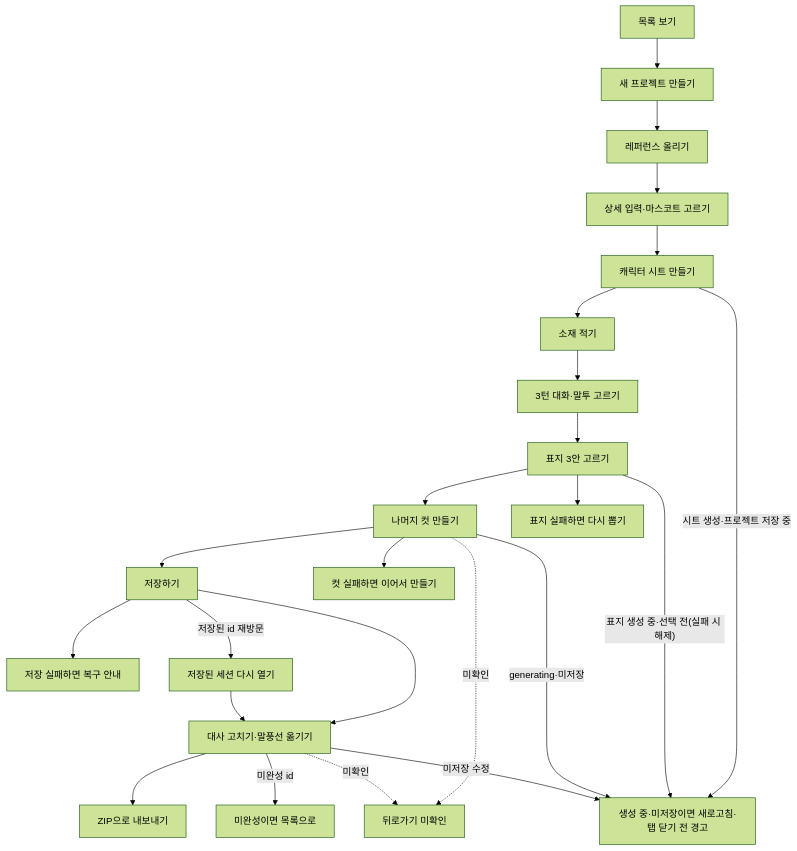
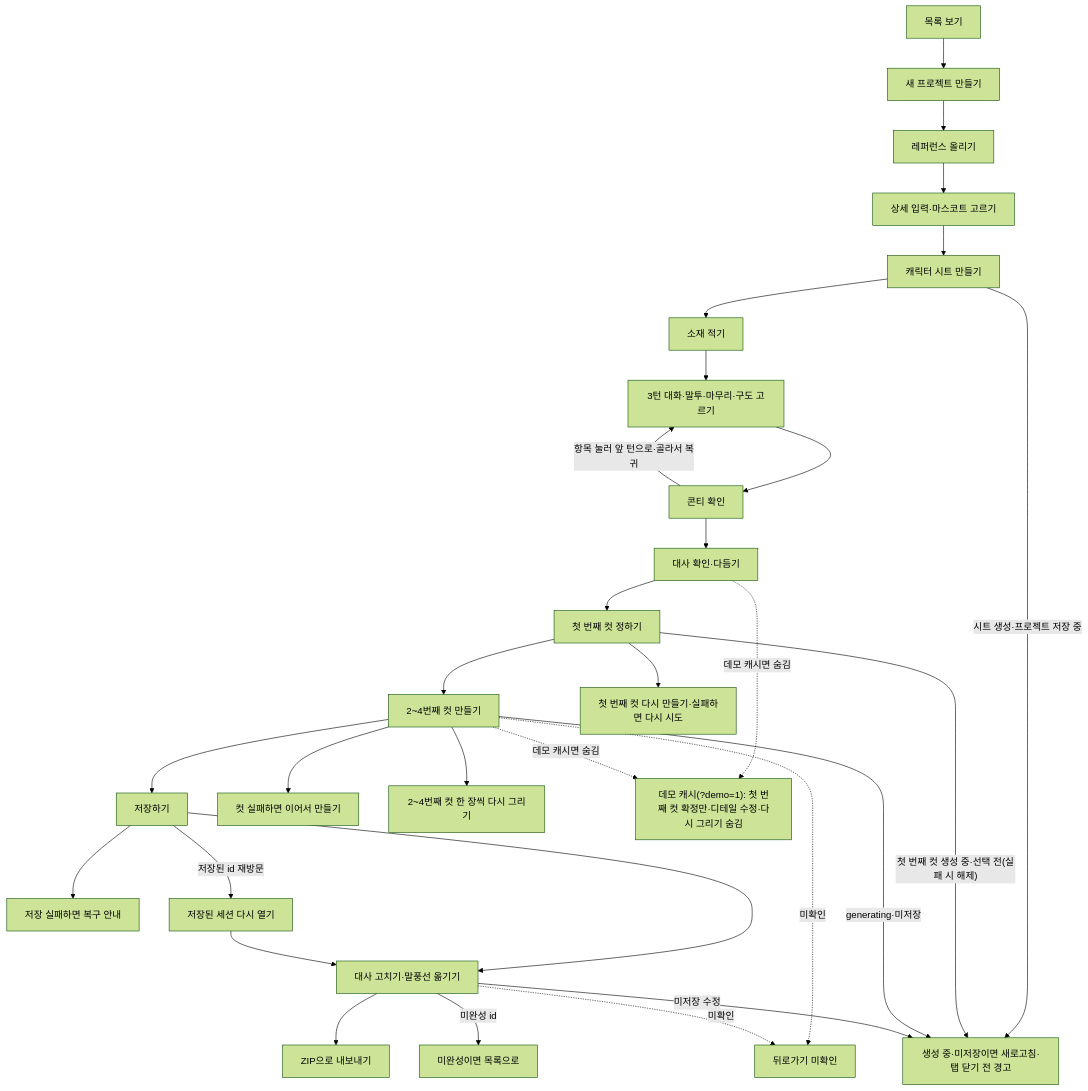
The first of 3 diagrams in docs/flows.md (chictimin/cuttoon-copilot), drawn with Mermaid (forest theme) before and after one commit. The commit also changed other lines of this file, not shown here.

Commit message:
docs(flows): #326 컷 연출 반영 — 첫 번째 컷·콘티·다시 그리기

````diff
--- a/docs/flows.md
+++ b/docs/flows.md
@@ -11,35 +12,43 @@
 ```mermaid
 flowchart TD
   F1["목록 보기"]
   F2["새 프로젝트 만들기"]
   F3["레퍼런스 올리기"]
   F4["상세 입력·마스코트 고르기"]
   F5["캐릭터 시트 만들기"]
   F6["소재 적기"]
-  F7["3턴 대화·말투 고르기"]
-  F8["표지 3안 고르기"]
-  F9["나머지 컷 만들기"]
+  F7["3턴 대화·말투·마무리·구도 고르기"]
+  F7a["콘티 확인"]
+  F7b["대사 확인·다듬기"]
+  F8["첫 번째 컷 정하기"]
+  F9["2~4번째 컷 만들기"]
   F10["저장하기"]
   F11["대사 고치기·말풍선 옮기기"]
   F12["ZIP으로 내보내기"]
-  B1["표지 실패하면 다시 뽑기"]
+  B1["첫 번째 컷 다시 만들기·실패하면 다시 시도"]
   B2["컷 실패하면 이어서 만들기"]
   B3["저장 실패하면 복구 안내"]
   B4["저장된 세션 다시 열기"]
   B5["미완성이면 목록으로"]
   B6["생성 중·미저장이면 새로고침·탭 닫기 전 경고"]
   B7["뒤로가기 미확인"]
+  B8["2~4번째 컷 한 장씩 다시 그리기"]
+  D1["데모 캐시(?demo=1): 첫 번째 컷 확정만·디테일 수정·다시 그리기 숨김"]
 
-  F1 --> F2 --> F3 --> F4 --> F5 --> F6 --> F7 --> F8 --> F9 --> F10 --> F11 --> F12
+  F1 --> F2 --> F3 --> F4 --> F5 --> F6 --> F7 --> F7a --> F7b --> F8 --> F9 --> F10 --> F11 --> F12
+  F7a -- "항목 눌러 앞 턴으로·골라서 복귀" --> F7
   F8 --> B1
   F9 --> B2
+  F9 --> B8
   F10 --> B3
   F10 -- "저장된 id 재방문" --> B4 --> F11
   F11 -- "미완성 id" --> B5
   F5 -- "시트 생성·프로젝트 저장 중" --> B6
-  F8 -- "표지 생성 중·선택 전(실패 시 해제)" --> B6
+  F8 -- "첫 번째 컷 생성 중·선택 전(실패 시 해제)" --> B6
   F9 -- "generating·미저장" --> B6
   F11 -- "미저장 수정" --> B6
+  F7b -. "데모 캐시면 숨김" .-> D1
+  F9 -. "데모 캐시면 숨김" .-> D1
   F9 -. "미확인" .-> B7
   F11 -. "미확인" .-> B7
 ```
````
